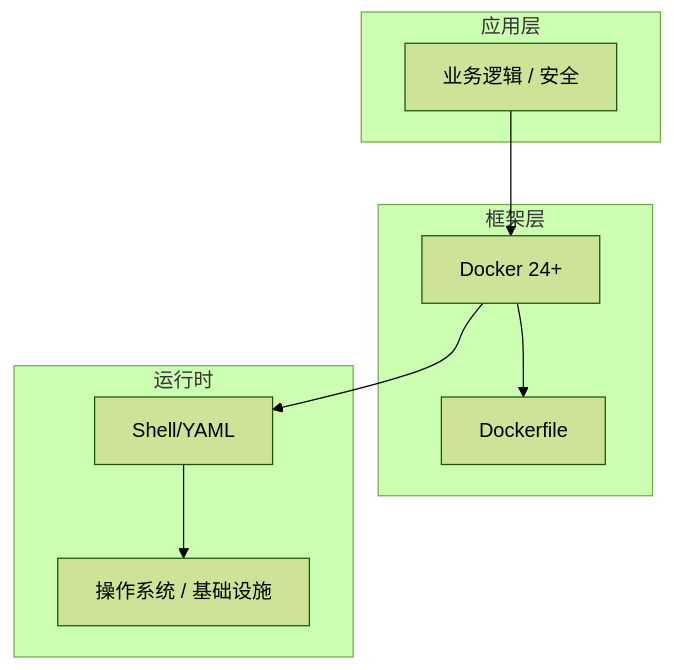
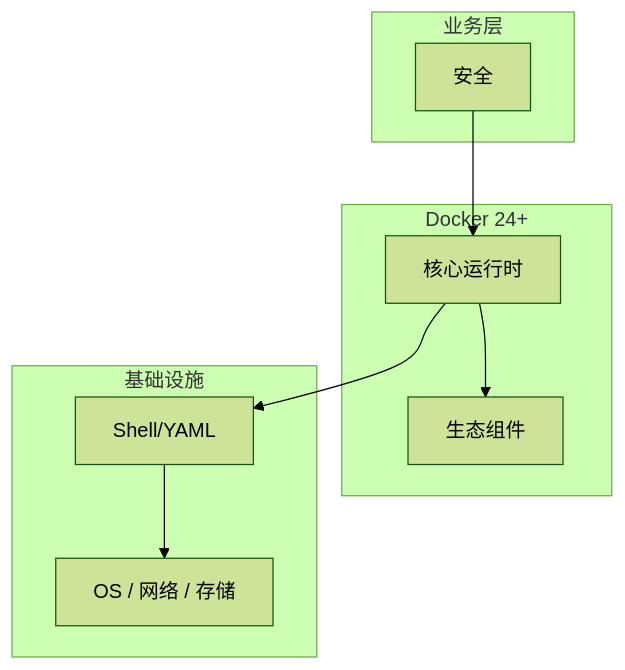
The diagram in articles/Docker/chapters/071-安全核心概念与原理.md (yanggan2015/knowledge-json-v2), drawn with Mermaid (forest theme) before and after one commit. The commit also changed other lines of this file and 10127 other files, not shown here.

````diff
--- a/articles/Docker/chapters/071-安全核心概念与原理.md
+++ b/articles/Docker/chapters/071-安全核心概念与原理.md
@@ -45,18 +34,18 @@
 ```mermaid
 graph TB
-    subgraph 应用层
-        A[业务逻辑 / 安全]
+    subgraph 业务层
+        A[安全]
     end
-    subgraph 框架层
-        B[Docker 24+]
-        C[Dockerfile]
+    subgraph Docker 24+
+        B[核心运行时]
+        C[生态组件]
     end
-    subgraph 运行时
+    subgraph 基础设施
         D[Shell/YAML]
-        E[操作系统 / 基础设施]
+        E[OS / 网络 / 存储]
     end
     A --> B
     B --> C
     B --> D
     D --> E
 ```
````
